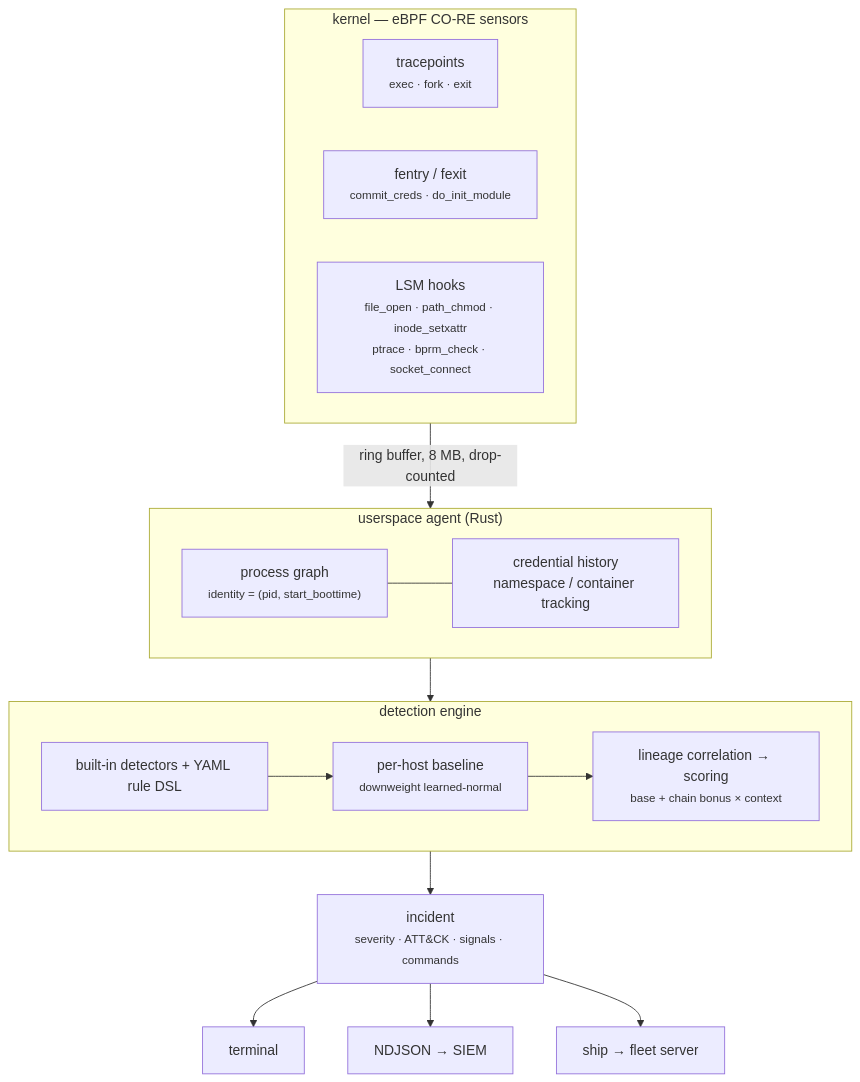
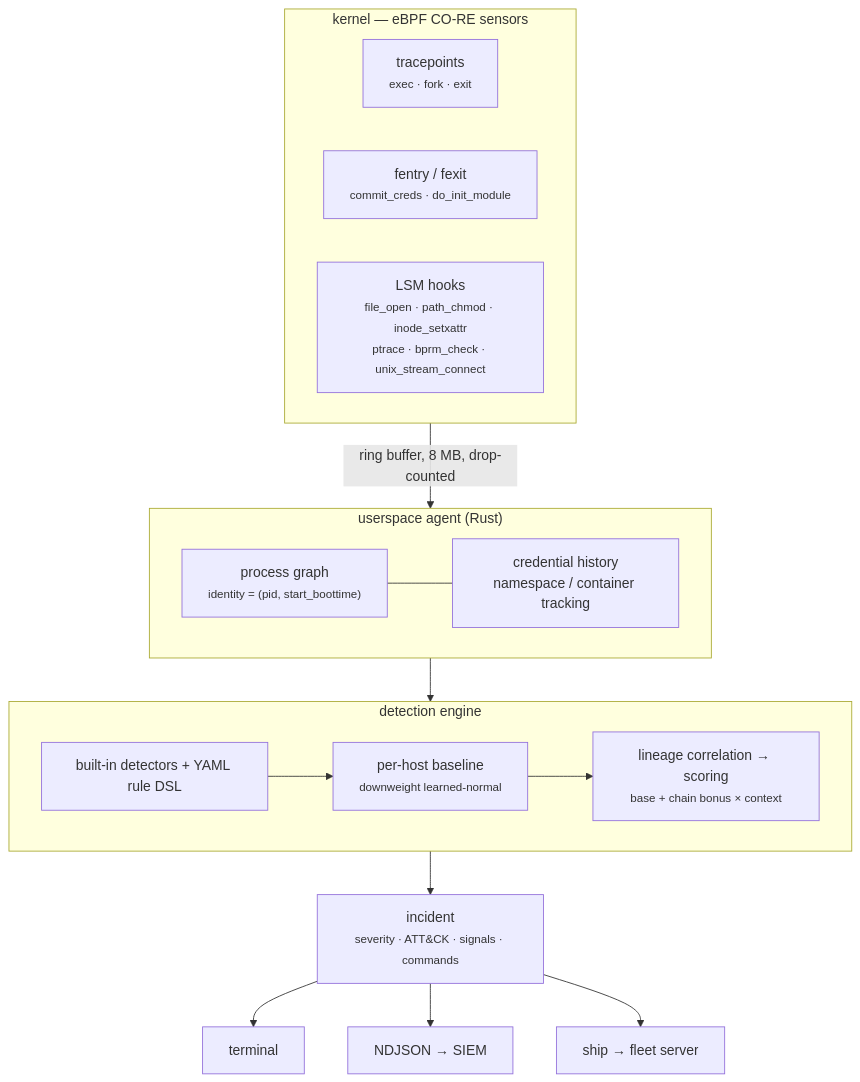
The first of 2 diagrams in README.md (SysFr4m3r/kernelsentinel), drawn with Mermaid before and after one commit. The commit also changed other lines of this file and 6 other files, not shown here.

````diff
--- a/README.md
+++ b/README.md
@@ -58,31 +58,31 @@
 ```mermaid
 flowchart TD
     subgraph K["kernel — eBPF CO-RE sensors"]
         direction LR
         A1["tracepoints<br/><small>exec · fork · exit</small>"]
         A2["fentry / fexit<br/><small>commit_creds · do_init_module</small>"]
-        A3["LSM hooks<br/><small>file_open · path_chmod · inode_setxattr<br/>ptrace · bprm_check · socket_connect</small>"]
+        A3["LSM hooks<br/><small>file_open · path_chmod · inode_setxattr<br/>ptrace · bprm_check · unix_stream_connect</small>"]
     end
 
     K -->|"ring buffer, 8&nbsp;MB, drop-counted"| G
 
     subgraph U["userspace agent (Rust)"]
         direction LR
         G["process graph<br/><small>identity = (pid, start_boottime)</small>"]
         C["credential history<br/>namespace / container tracking"]
         G --- C
     end
 
     G --> D
 
     subgraph E["detection engine"]
         direction LR
         D["built-in detectors + YAML rule DSL"]
         S["lineage correlation → scoring<br/><small>base + chain bonus × context</small>"]
         B["per-host baseline<br/><small>downweight learned-normal</small>"]
         D --> B --> S
     end
 
     S --> OUT["incident<br/><small>severity · ATT&CK · signals · commands</small>"]
     OUT --> T["terminal"] & N["NDJSON → SIEM"] & F["ship → fleet server"]
 ```
````
